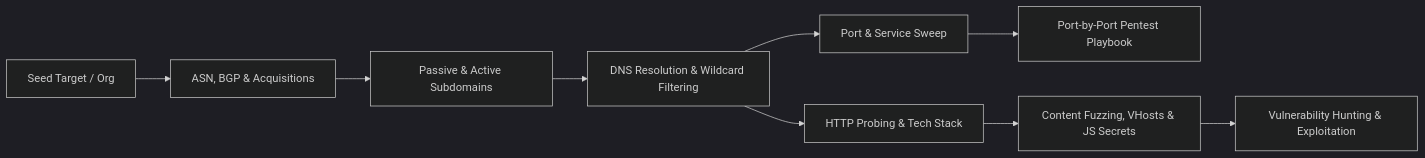
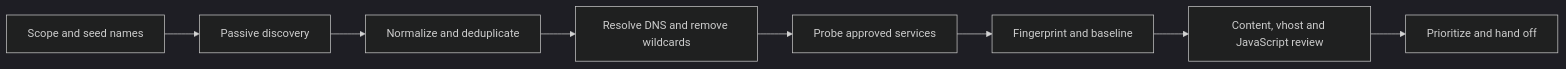
The diagram in docs/recon/index.md (0x3xp10i73r/offsec-vault), drawn with Mermaid (dark theme) before and after one commit. The commit also changed other lines of this file and 172 other files, not shown here.

````diff
--- a/docs/recon/index.md
+++ b/docs/recon/index.md
@@ -19,11 +31,10 @@
 ```mermaid
 flowchart LR
-    A[Seed Target / Org] --> B[ASN, BGP & Acquisitions]
-    B --> C[Passive & Active Subdomains]
-    C --> D[DNS Resolution & Wildcard Filtering]
-    D --> E[Port & Service Sweep]
-    D --> F[HTTP Probing & Tech Stack]
-    E --> G[Port-by-Port Pentest Playbook]
-    F --> H[Content Fuzzing, VHosts & JS Secrets]
-    H --> I[Vulnerability Hunting & Exploitation]
+    A[Scope and seed names] --> B[Passive discovery]
+    B --> C[Normalize and deduplicate]
+    C --> D[Resolve DNS and remove wildcards]
+    D --> E[Probe approved services]
+    E --> F[Fingerprint and baseline]
+    F --> G[Content, vhost and JavaScript review]
+    G --> H[Prioritize and hand off]
 ```
````
